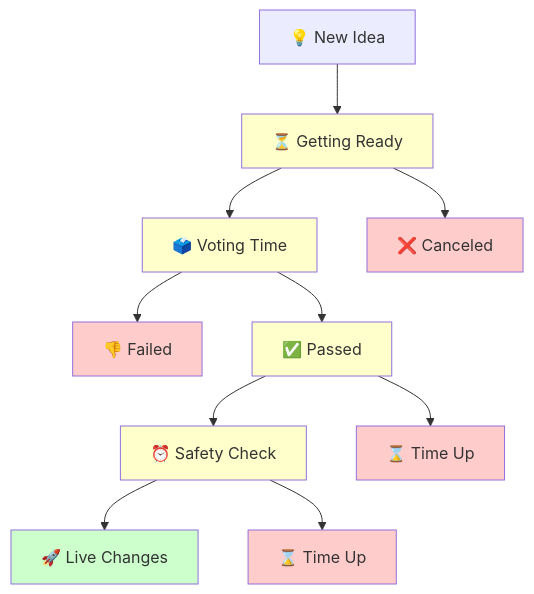
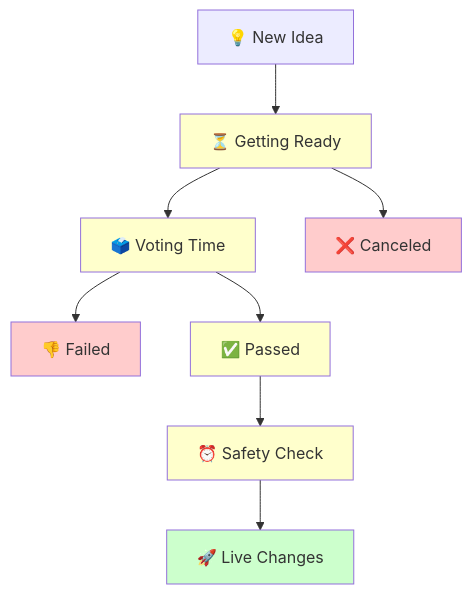
The diagram in docs/governance/proposal/lifecycle.md (ringecosystem/degov-docs), drawn with Mermaid before and after one commit. The commit also changed other lines of this file and 20 other files, not shown here.

````diff
--- a/docs/governance/proposal/lifecycle.md
+++ b/docs/governance/proposal/lifecycle.md
@@ -238,20 +15,18 @@
 ```mermaid
 graph TD
-    A[💡 New Idea] --> B[⏳ Getting Ready]
-    B --> C[🗳️ Voting Time]
-    B --> D[❌ Canceled]
-    C --> E[👎 Failed]
-    C --> F[✅ Passed]
-    F --> G[⏰ Safety Check]
-    F --> H[⌛ Time Up]
-    G --> I[🚀 Live Changes]
-    G --> J[⌛ Time Up]
+    A["💡 New Idea"] --> B["⏳ Getting Ready"]
+    B --> C["🗳️ Voting Time"]
+    B --> D["❌ Canceled"]
+    C --> E["👎 Failed"]
+    C --> F["✅ Passed"]
+    F --> G["⏰ Safety Check"]
+    G --> I["🚀 Live Changes"]
     
     classDef failed fill:#ffcccc
     classDef success fill:#ccffcc
     classDef active fill:#ffffcc
     
-    class D,E,H,J failed
+    class D,E failed
     class I success
     class B,C,F,G active
 ```
````
